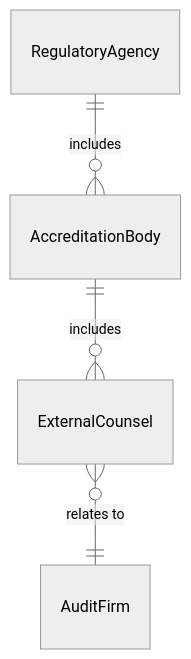
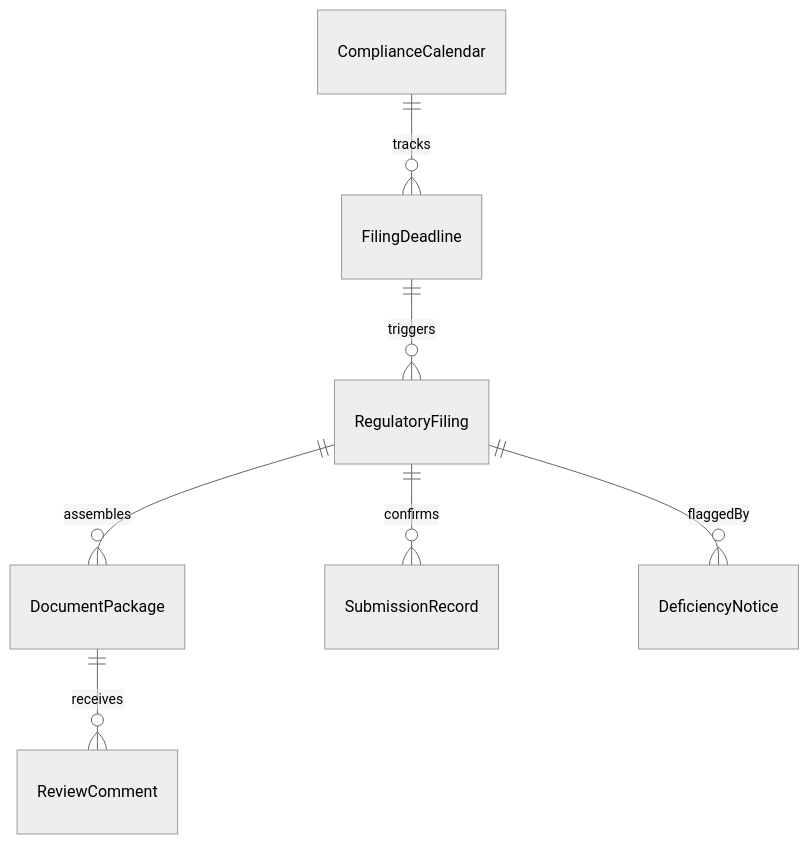
Before and after one commit to dot-org-ai/tasks.org.ai: the first of 4 diagrams in GuidingDirectingAndMotivatingSubordinates/CoordinateRegulatoryComplianceActivities/CoordinateRegulatoryDocumentationActivities.mdx, drawn with Mermaid (neutral theme). The commit also changed other lines of this file and 515 other files, not shown here.

````diff
--- a/GuidingDirectingAndMotivatingSubordinates/CoordinateRegulatoryComplianceActivities/CoordinateRegulatoryDocumentationActivities.mdx
+++ b/GuidingDirectingAndMotivatingSubordinates/CoordinateRegulatoryComplianceActivities/CoordinateRegulatoryDocumentationActivities.mdx
@@ -90,6 +90,9 @@
 ```mermaid
 erDiagram
-    RegulatoryAgency ||--o{ AccreditationBody : includes
-    AccreditationBody ||--o{ ExternalCounsel : includes
-    ExternalCounsel }o--|| AuditFirm : "relates to"
+    ComplianceCalendar ||--o{ FilingDeadline : tracks
+    FilingDeadline ||--o{ RegulatoryFiling : triggers
+    RegulatoryFiling ||--o{ DocumentPackage : assembles
+    DocumentPackage ||--o{ ReviewComment : receives
+    RegulatoryFiling ||--o{ SubmissionRecord : confirms
+    RegulatoryFiling ||--o{ DeficiencyNotice : flaggedBy
 ```
````
